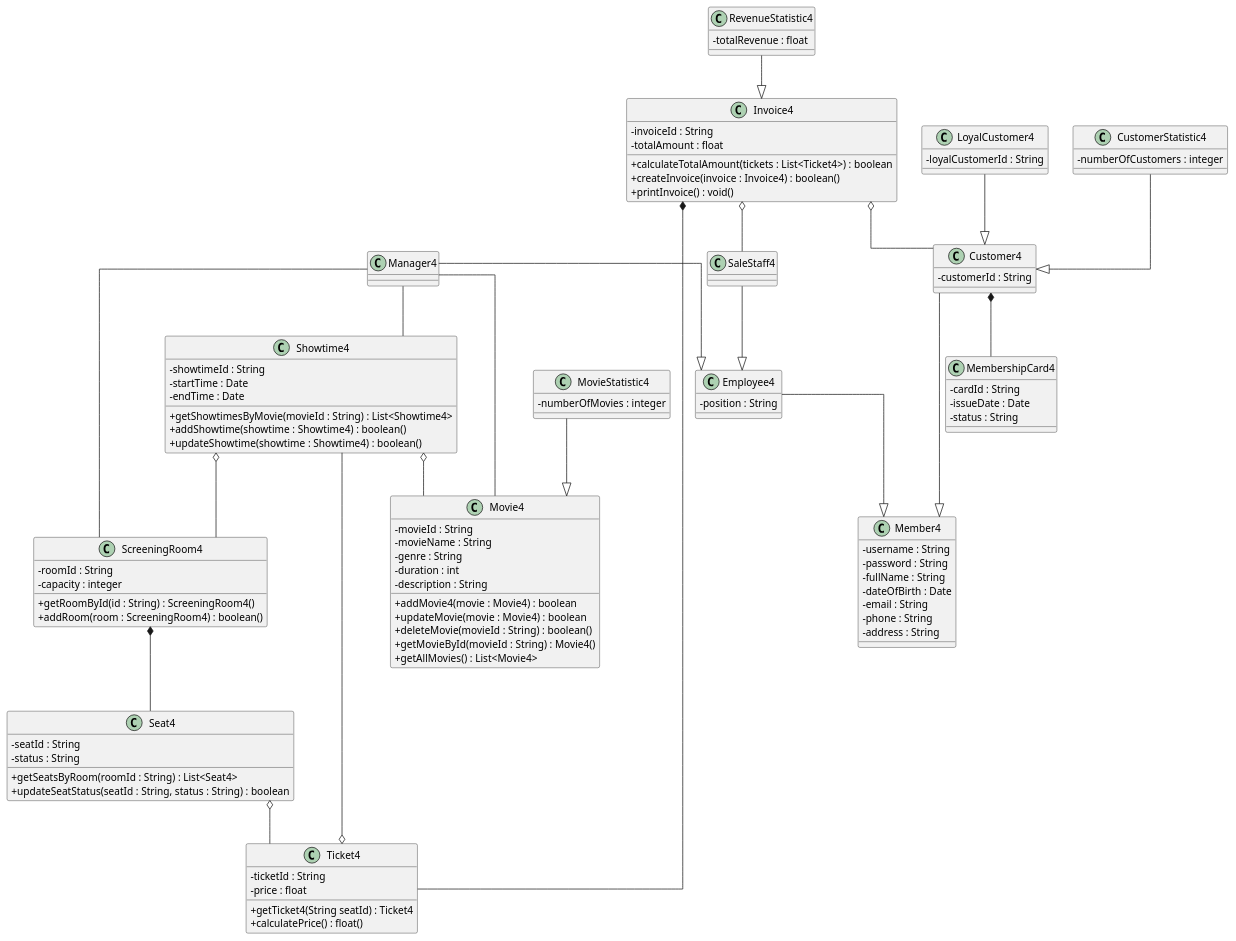
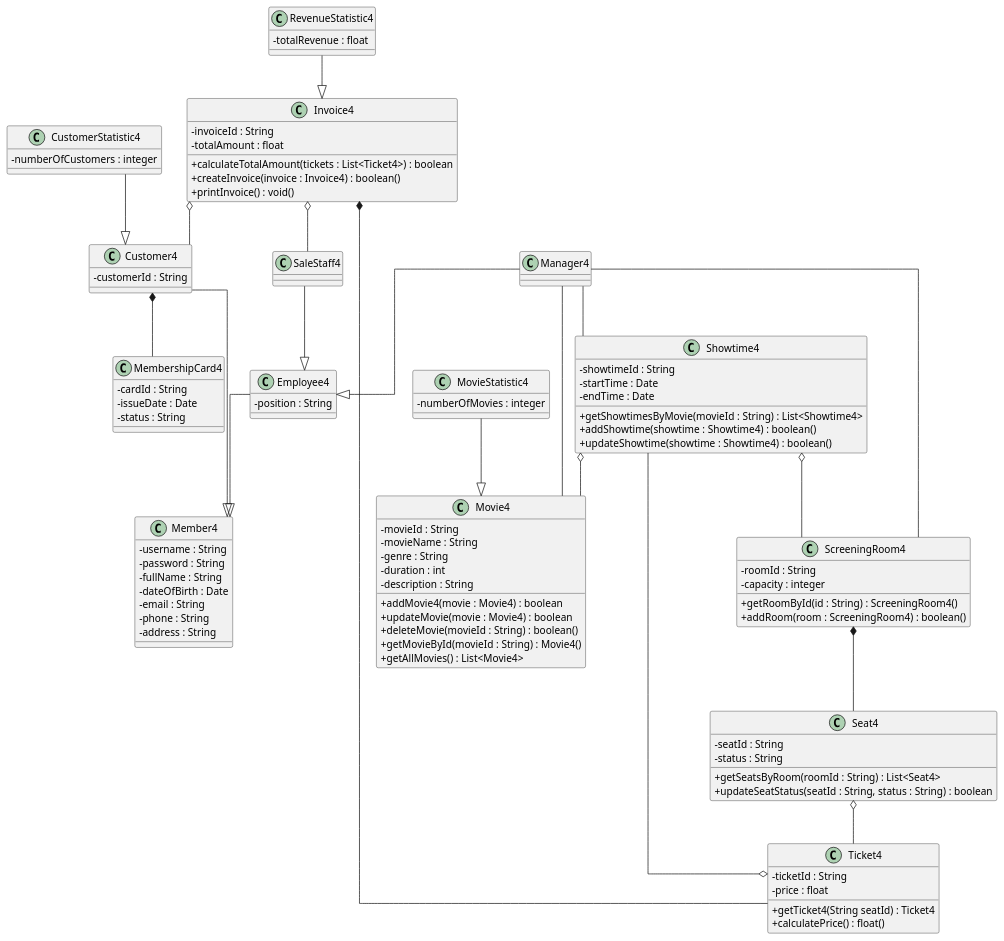
Before and after one commit to hnam584/CineMan_13: the diagram in PTTK/tongquan.puml, drawn with PlantUML. The commit also changed 40 other files, not shown here.

```diff
--- a/PTTK/tongquan.puml
+++ b/PTTK/tongquan.puml
@@ -1,108 +1,104 @@
 @startuml
 skinparam classAttributeIconSize 0
 skinparam linetype ortho
 
 class Member4 {
   -username : String
   -password : String
   -fullName : String
   -dateOfBirth : Date
   -email : String
   -phone : String
   -address : String
 }
 class Employee4 { 
     -position : String 
     }
 class Manager4
 class SaleStaff4
 class Customer4 {
      -customerId : String 
-     }
-class LoyalCustomer4 {
-     -loyalCustomerId : String 
      }
 class MembershipCard4 {
   -cardId : String
   -issueDate : Date
   -status : String
 }
 class CustomerStatistic4 {
      -numberOfCustomers : integer 
      }
 class MovieStatistic4 { 
     -numberOfMovies : integer 
     }
 class RevenueStatistic4 {
      -totalRevenue : float 
      }
 
 class Movie4 {
   -movieId : String
   -movieName : String
   -genre : String
   -duration : int
   -description : String
   +addMovie4(movie : Movie4) : boolean
   +updateMovie(movie : Movie4) : boolean
   +deleteMovie(movieId : String) : boolean()
   +getMovieById(movieId : String) : Movie4()
   +getAllMovies() : List<Movie4>
 }
 class Showtime4 {
   -showtimeId : String
   -startTime : Date
   -endTime : Date
   +getShowtimesByMovie(movieId : String) : List<Showtime4>
   +addShowtime(showtime : Showtime4) : boolean()
   +updateShowtime(showtime : Showtime4) : boolean()
 }
 class ScreeningRoom4 {
   -roomId : String
   -capacity : integer
   +getRoomById(id : String) : ScreeningRoom4()
   +addRoom(room : ScreeningRoom4) : boolean()
 }
 class Seat4 {
   -seatId : String
   -status : String
   +getSeatsByRoom(roomId : String) : List<Seat4>
   +updateSeatStatus(seatId : String, status : String) : boolean
 }
 class Ticket4 {
   -ticketId : String
   -price : float
   +getTicket4(String seatId) : Ticket4
   +calculatePrice() : float()
 }
 class Invoice4 {
   -invoiceId : String
   -totalAmount : float
   +calculateTotalAmount(tickets : List<Ticket4>) : boolean
   +createInvoice(invoice : Invoice4) : boolean()
   +printInvoice() : void()
 }
 
 Employee4 --|> Member4
 Customer4 --|> Member4
 Manager4 --|> Employee4
 SaleStaff4 --|> Employee4
-LoyalCustomer4 --|> Customer4
 CustomerStatistic4 --|> Customer4
 MovieStatistic4 --|> Movie4
 RevenueStatistic4 --|> Invoice4
 
 Customer4 *-- MembershipCard4
 Showtime4 o-- Movie4
 Showtime4 o-- ScreeningRoom4
 ScreeningRoom4 *-- Seat4
 Seat4 o-- Ticket4
 Ticket4 o-- Showtime4
 Invoice4 *-- Ticket4
 Invoice4 o-- SaleStaff4
 Invoice4 o-- Customer4
 
 Manager4 -- Movie4
 Manager4 -- Showtime4
 Manager4 -- ScreeningRoom4
 @enduml
```
